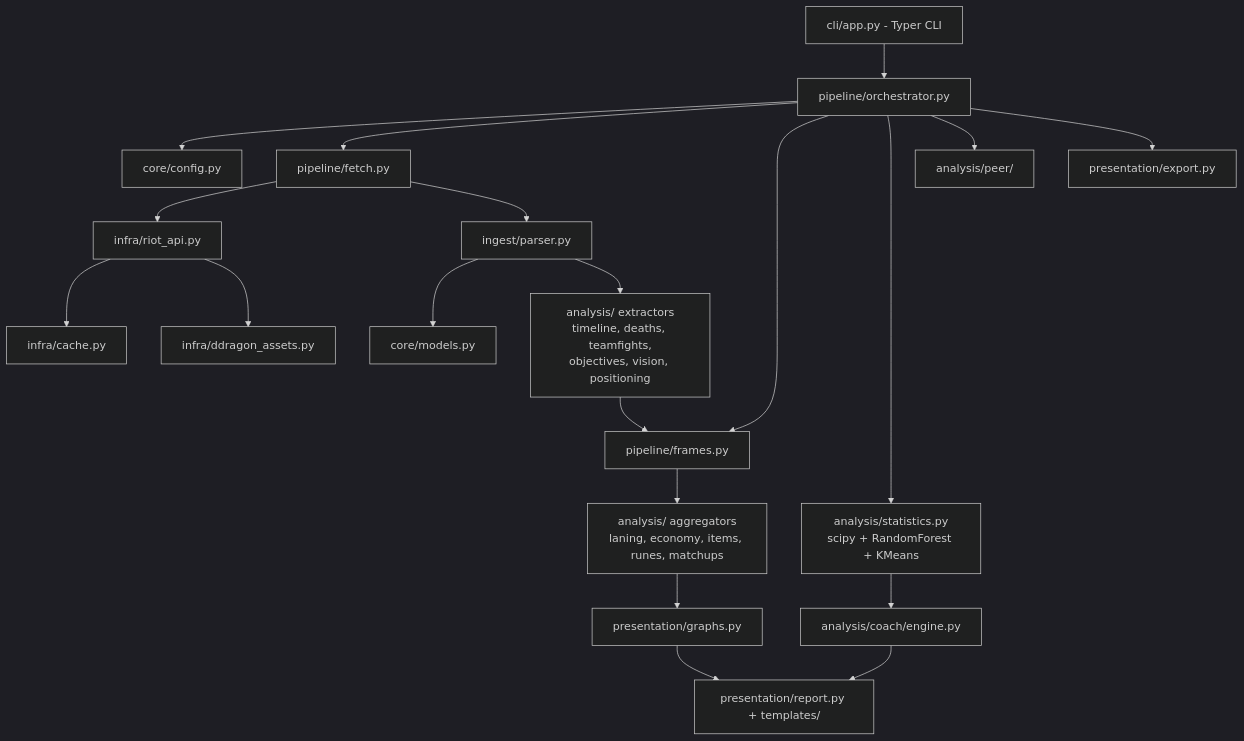
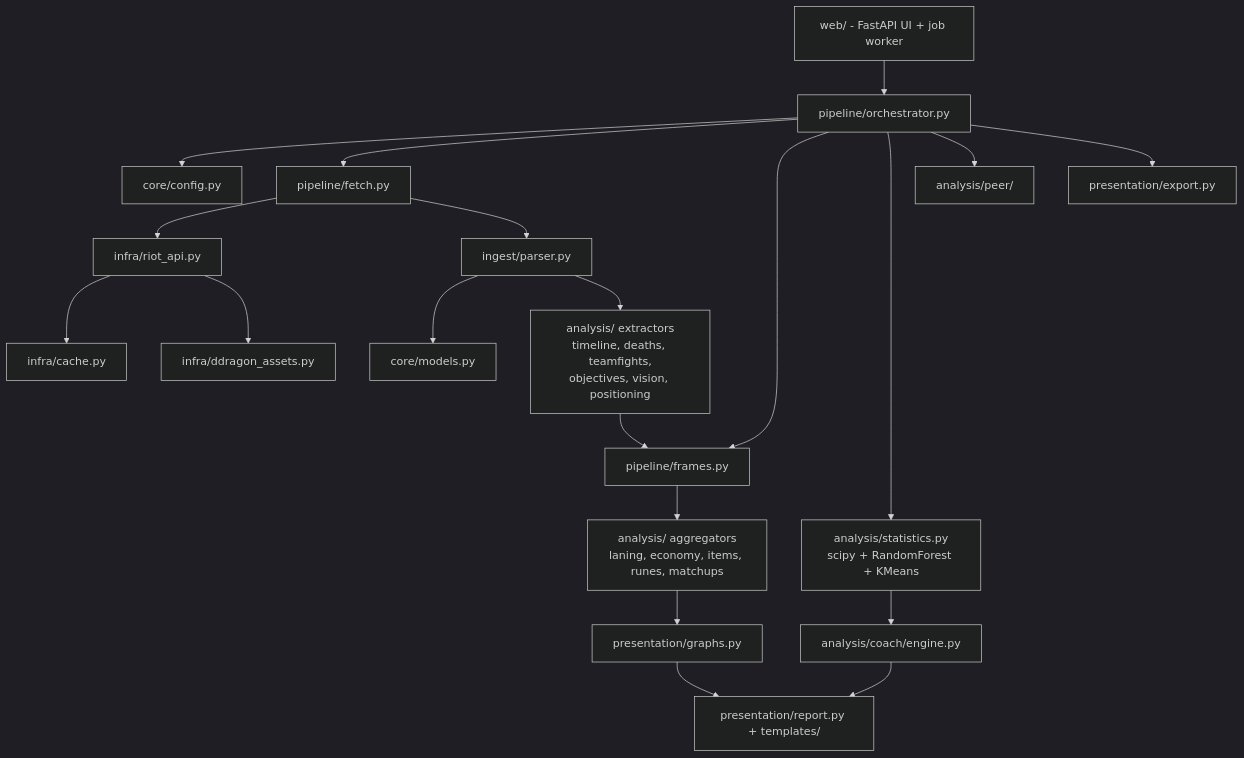
The diagram in README.md (the-pro-coders-2nd-edition/league-champion-stats-analysis), drawn with Mermaid (dark theme) before and after one commit. The commit also changed other lines of this file and 17 other files, not shown here.

First line of the commit message:
feat: Transition to web app architecture and remove CLI functionality

````diff
--- a/README.md
+++ b/README.md
@@ -170,22 +139,22 @@
 ```mermaid
 graph TD
-    CLI[cli/app.py - Typer CLI] --> PIPE[pipeline/orchestrator.py]
+    WEB[web/ - FastAPI UI + job worker] --> PIPE[pipeline/orchestrator.py]
     PIPE --> CFG[core/config.py]
     PIPE --> FETCH[pipeline/fetch.py]
     FETCH --> API[infra/riot_api.py]
     API --> CACHE[infra/cache.py]
     API --> DD[infra/ddragon_assets.py]
     FETCH --> PARSE[ingest/parser.py]
     PARSE --> MODELS[core/models.py]
     PARSE --> EXTRACT[analysis/ extractors<br/>timeline, deaths, teamfights,<br/>objectives, vision, positioning]
     PIPE --> FRAMES[pipeline/frames.py]
     EXTRACT --> FRAMES
     FRAMES --> AGG[analysis/ aggregators<br/>laning, economy, items, runes, matchups]
     PIPE --> STATS[analysis/statistics.py<br/>scipy + RandomForest + KMeans]
     STATS --> COACH[analysis/coach/engine.py]
     PIPE --> PEER[analysis/peer/]
     AGG --> GRAPHS[presentation/graphs.py]
     COACH --> REPORT[presentation/report.py + templates/]
     GRAPHS --> REPORT
     PIPE --> EXPORT[presentation/export.py]
 ```
````
